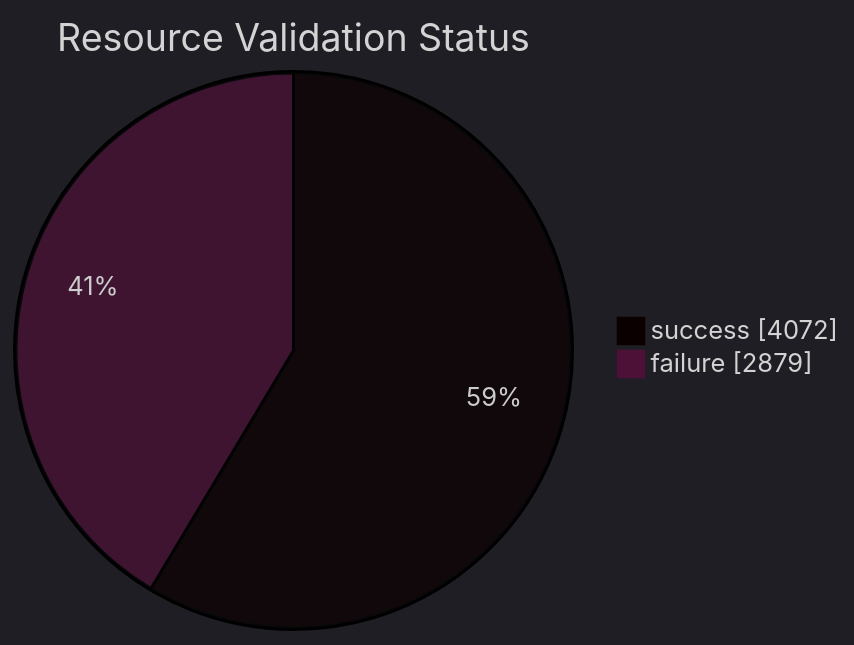
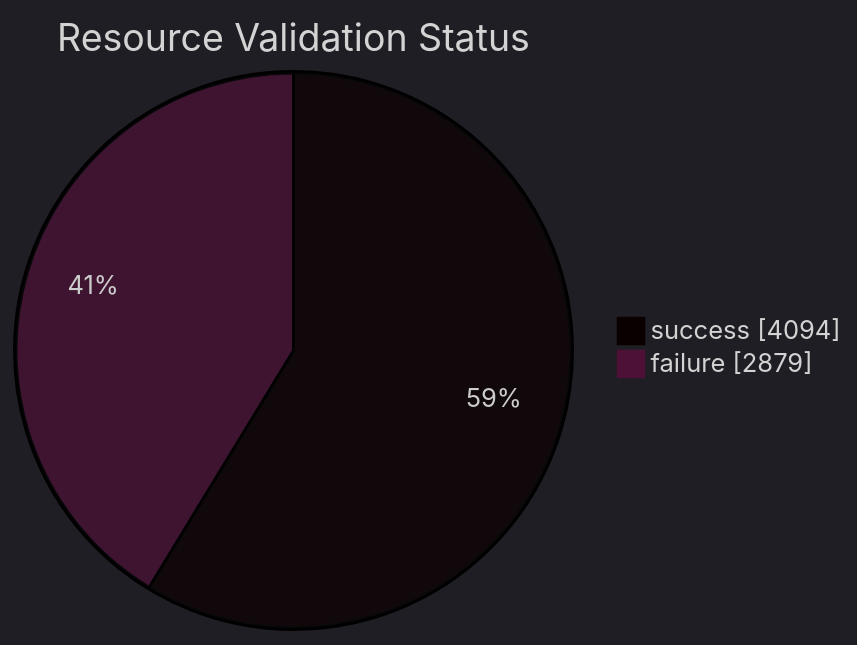
The diagram in datastore_tracker/resource_validation_status_pie_chart.md (open-data/analytics-corporate-reporting), drawn with Mermaid before and after one commit. The commit also changed 8 other files, not shown here.

````diff
--- a/datastore_tracker/resource_validation_status_pie_chart.md
+++ b/datastore_tracker/resource_validation_status_pie_chart.md
@@ -2,9 +2,9 @@
 ```mermaid
 ---
 config:
   theme: dark
 ---
 pie showData title Resource Validation Status
-    "success": 4072
+    "success": 4094
     "failure": 2879
 ```
````
